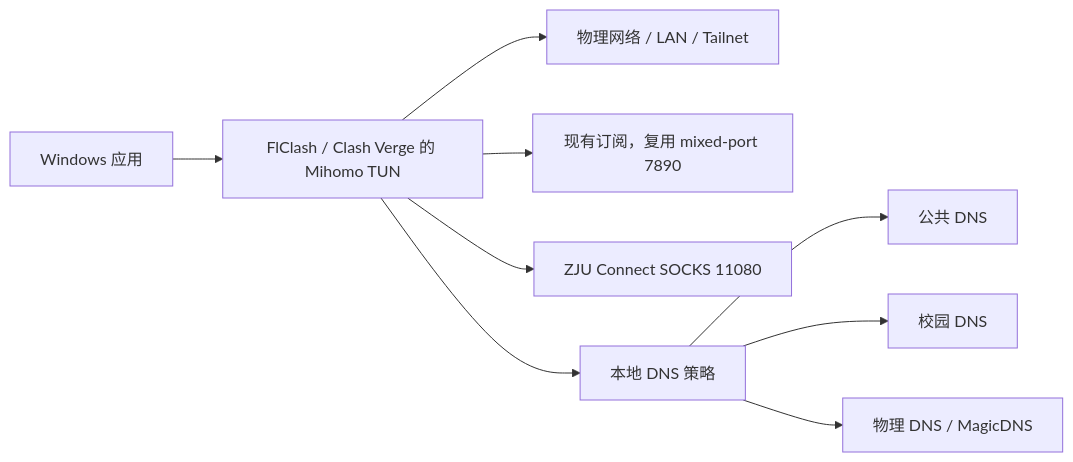
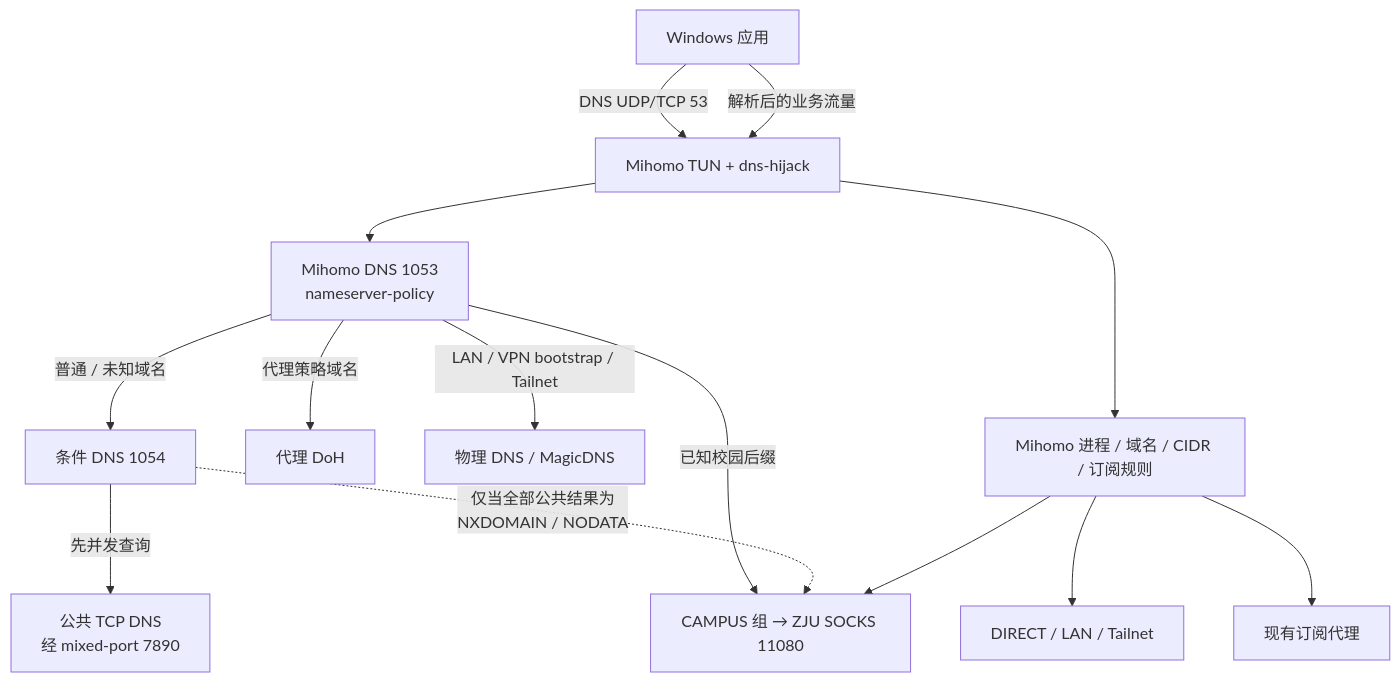
One commit to Anchorite-no/zjunet-skill changed the diagram in README.md. Above: the diagram before and after it, drawn with Mermaid. The commit also changed other lines of this file and 1 other file, not shown here.

Commit message:
Document complete DNS request lifecycle

````diff
--- a/README.md
+++ b/README.md
@@ -11,11 +11,16 @@
 ```mermaid
-flowchart LR
-    APP["Windows 应用"] --> TUN["FlClash / Clash Verge 的 Mihomo TUN"]
-    TUN --> DIRECT["物理网络 / LAN / Tailnet"]
-    TUN --> PROXY["现有订阅，复用 mixed-port 7890"]
-    TUN --> CAMPUS["ZJU Connect SOCKS 11080"]
-    TUN --> DNS["本地 DNS 策略"]
-    DNS --> PUBLIC["公共 DNS"]
-    DNS --> CDNS["校园 DNS"]
-    DNS --> SPECIAL["物理 DNS / MagicDNS"]
+flowchart TB
+    APP["Windows 应用"] -->|"DNS UDP/TCP 53"| TUN["Mihomo TUN + dns-hijack"]
+    TUN --> DNS["Mihomo DNS 1053<br/>nameserver-policy"]
+    DNS -->|"普通 / 未知域名"| COND["条件 DNS 1054"]
+    DNS -->|"已知校园后缀"| CAMPUS["CAMPUS 组 → ZJU SOCKS 11080"]
+    DNS -->|"代理策略域名"| DOH["代理 DoH"]
+    DNS -->|"LAN / VPN bootstrap / Tailnet"| SPECIAL["物理 DNS / MagicDNS"]
+    COND -->|"先并发查询"| PUBLIC["公共 TCP DNS<br/>经 mixed-port 7890"]
+    COND -.->|"仅当全部公共结果为<br/>NXDOMAIN / NODATA"| CAMPUS
+    APP -->|"解析后的业务流量"| TUN
+    TUN --> ROUTE["Mihomo 进程 / 域名 / CIDR / 订阅规则"]
+    ROUTE --> DIRECT["DIRECT / LAN / Tailnet"]
+    ROUTE --> PROXY["现有订阅代理"]
+    ROUTE --> CAMPUS
 ```
````
